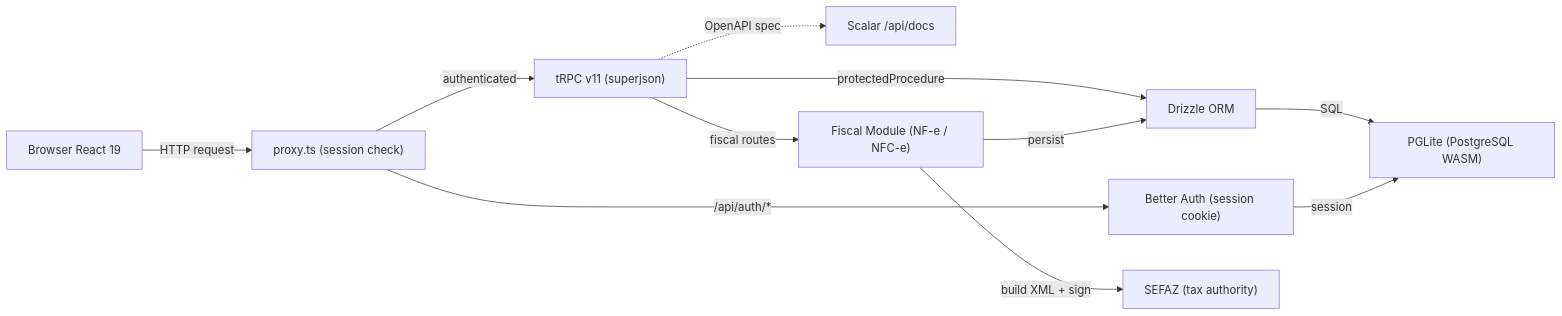
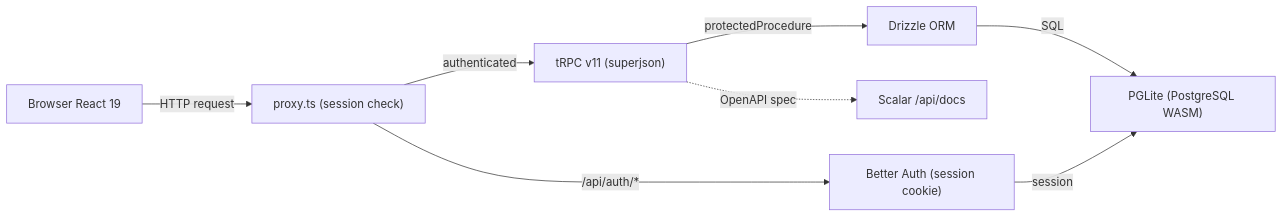
Before and after one commit to Yusufkotavom/print-pos: the first of 2 diagrams in README.md, drawn with Mermaid. The commit also changed other lines of this file and 27 other files, not shown here.

````diff
--- a/README.md
+++ b/README.md
@@ -57,23 +47,18 @@
 ```mermaid
 flowchart LR
   Browser["Browser React 19"]
   Proxy["proxy.ts (session check)"]
   tRPC["tRPC v11 (superjson)"]
   Auth["Better Auth (session cookie)"]
   Drizzle["Drizzle ORM"]
   PGLite["PGLite (PostgreSQL WASM)"]
   Scalar["Scalar /api/docs"]
-  Fiscal["Fiscal Module (NF-e / NFC-e)"]
-  SEFAZ["SEFAZ (tax authority)"]
 
   Browser -->|HTTP request| Proxy
   Proxy -->|authenticated| tRPC
   Proxy -->|/api/auth/*| Auth
   tRPC -->|protectedProcedure| Drizzle
-  tRPC -->|fiscal routes| Fiscal
   Drizzle -->|SQL| PGLite
   tRPC -.->|OpenAPI spec| Scalar
   Auth -->|session| PGLite
-  Fiscal -->|build XML + sign| SEFAZ
-  Fiscal -->|persist| Drizzle
 ```
````
